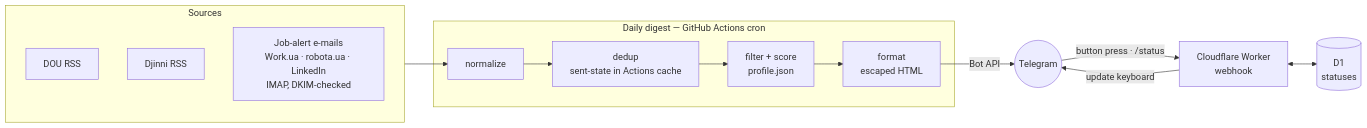
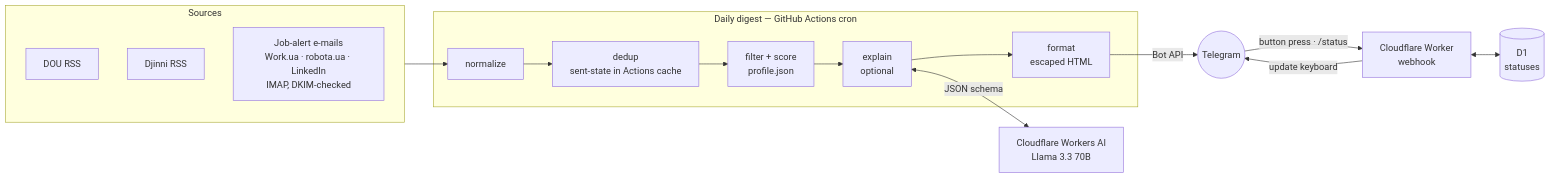
One commit to Oleg-Baltarovych/Applyra changed the diagram in README.md. Above: the diagram before and after it, drawn with Mermaid. The commit also changed other lines of this file, not shown here.

````diff
--- a/README.md
+++ b/README.md
@@ -50,16 +54,17 @@
 ```mermaid
 flowchart LR
   subgraph Sources
     DOU[DOU RSS]
     DJ[Djinni RSS]
     MAIL[Job-alert e-mails<br/>Work.ua · robota.ua · LinkedIn<br/>IMAP, DKIM-checked]
   end
   subgraph Digest["Daily digest — GitHub Actions cron"]
-    N[normalize] --> D[dedup<br/>sent-state in Actions cache] --> F[filter + score<br/>profile.json] --> FMT[format<br/>escaped HTML]
+    N[normalize] --> D[dedup<br/>sent-state in Actions cache] --> F[filter + score<br/>profile.json] --> X[explain<br/>optional] --> FMT[format<br/>escaped HTML]
   end
   Sources --> N
+  X <-->|JSON schema| AI[Cloudflare Workers AI<br/>Llama 3.3 70B]
   FMT -->|Bot API| TG((Telegram))
   TG -->|button press · /status| W[Cloudflare Worker<br/>webhook]
   W <--> DB[(D1<br/>statuses)]
   W -->|update keyboard| TG
 ```
````
